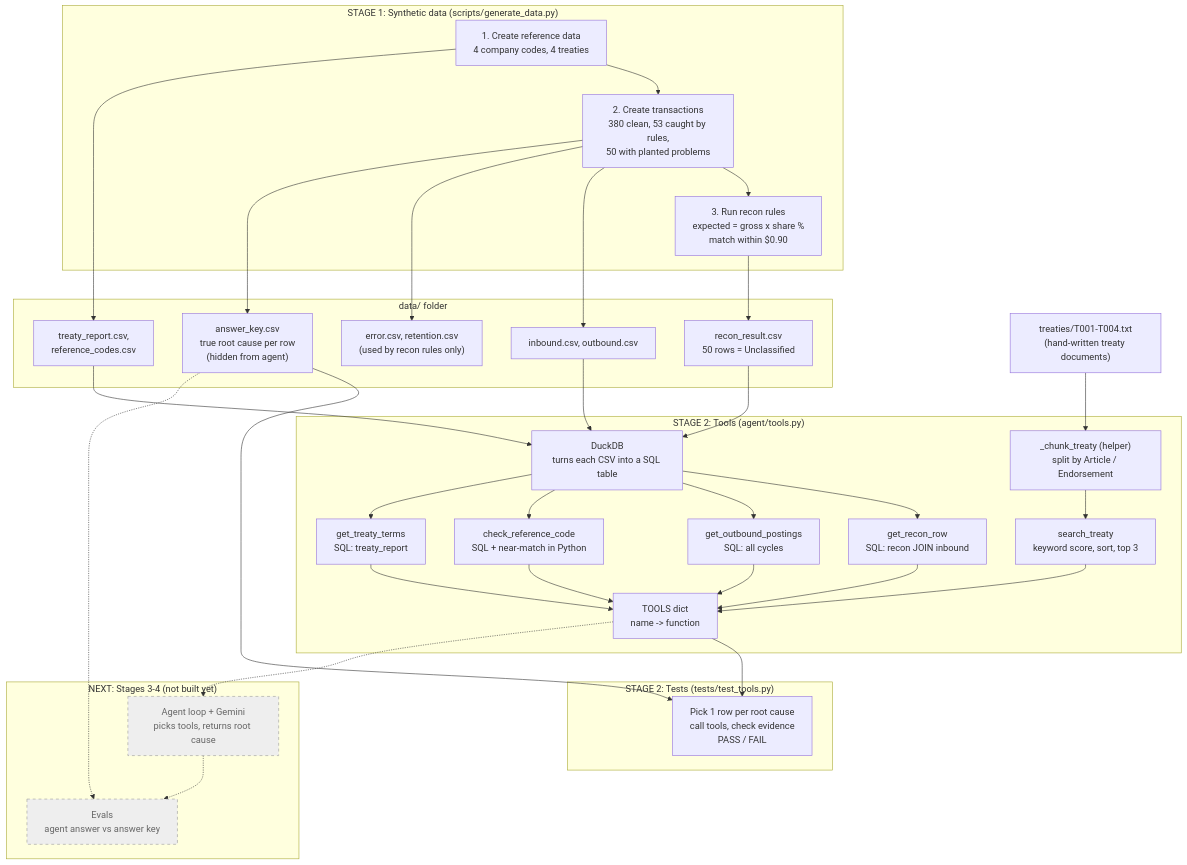
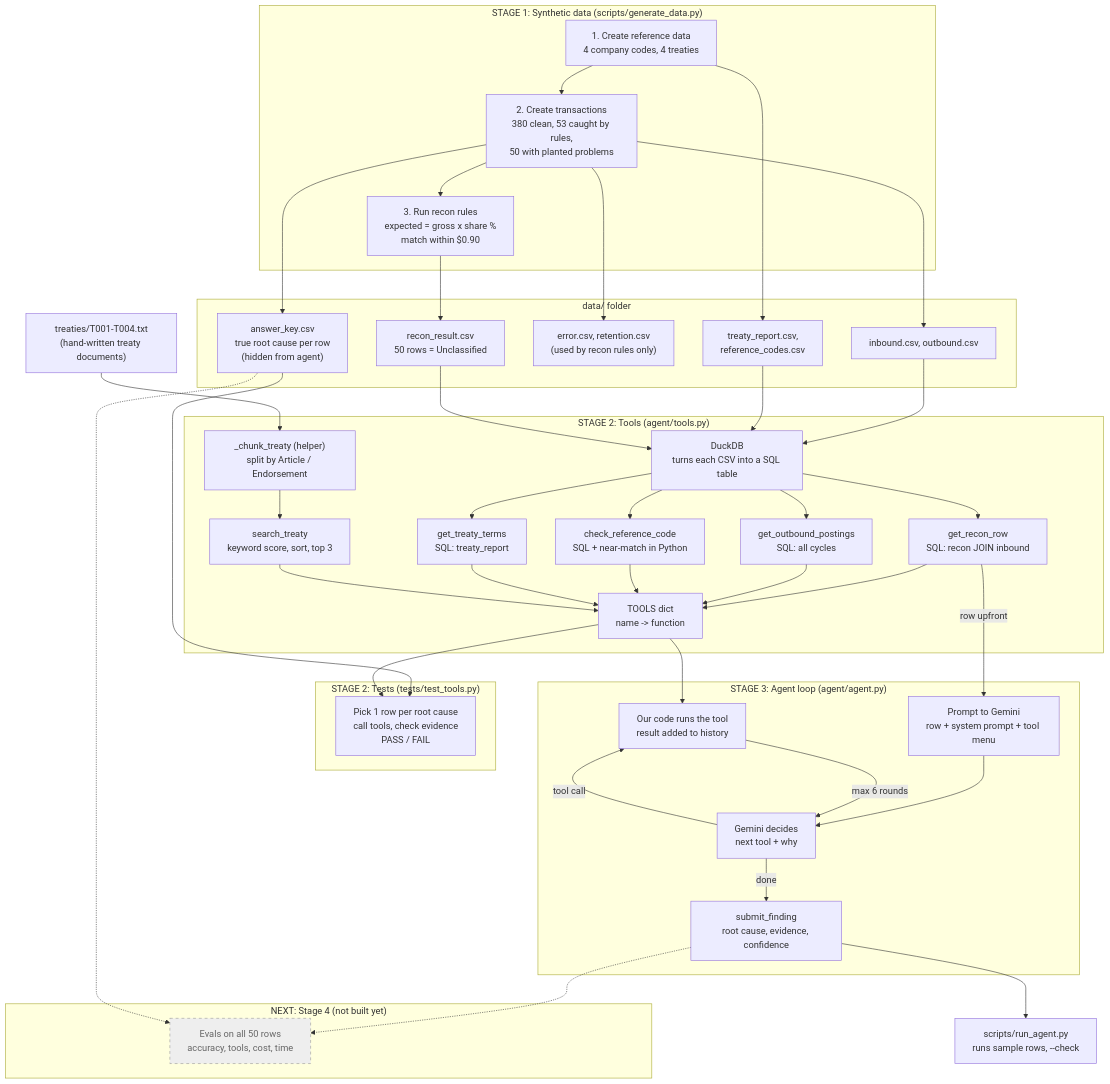
The diagram in docs/architecture.mermaid (jayshreethite2024/recon-agent), drawn with Mermaid before and after one commit. The commit also changed 9 other files, not shown here.

Commit message:
Stage 3: working agent, 5/5 on sample

```diff
--- a/docs/architecture.mermaid
+++ b/docs/architecture.mermaid
@@ -1,59 +1,72 @@
 flowchart TD
     subgraph S1["STAGE 1: Synthetic data  (scripts/generate_data.py)"]
         G1["1. Create reference data<br/>4 company codes, 4 treaties"]
         G2["2. Create transactions<br/>380 clean, 53 caught by rules,<br/>50 with planted problems"]
         G3["3. Run recon rules<br/>expected = gross x share %<br/>match within $0.90"]
         G1 --> G2 --> G3
     end
 
     TXT["treaties/T001-T004.txt<br/>(hand-written treaty documents)"]
 
     subgraph DATA["data/ folder"]
         REF["treaty_report.csv,<br/>reference_codes.csv"]
         CSV["inbound.csv, outbound.csv"]
         ERR["error.csv, retention.csv<br/>(used by recon rules only)"]
         RECON["recon_result.csv<br/>50 rows = Unclassified"]
         KEY["answer_key.csv<br/>true root cause per row<br/>(hidden from agent)"]
     end
 
     G1 --> REF
     G2 --> CSV
     G2 --> ERR
     G3 --> RECON
     G2 --> KEY
 
     subgraph S2["STAGE 2: Tools  (agent/tools.py)"]
         DUCK["DuckDB<br/>turns each CSV into a SQL table"]
         T1["get_recon_row<br/>SQL: recon JOIN inbound"]
         T2["get_outbound_postings<br/>SQL: all cycles"]
         T3["check_reference_code<br/>SQL + near-match in Python"]
         T4["get_treaty_terms<br/>SQL: treaty_report"]
         CH["_chunk_treaty (helper)<br/>split by Article / Endorsement"]
         T5["search_treaty<br/>keyword score, sort, top 3"]
         REG["TOOLS dict<br/>name -> function"]
         DUCK --> T1 & T2 & T3 & T4
         CH --> T5
         T1 & T2 & T3 & T4 & T5 --> REG
     end
 
     CSV --> DUCK
     REF --> DUCK
     RECON --> DUCK
     TXT --> CH
 
     subgraph TEST["STAGE 2: Tests  (tests/test_tools.py)"]
         TS["Pick 1 row per root cause<br/>call tools, check evidence<br/>PASS / FAIL"]
     end
     KEY --> TS
     REG --> TS
 
-    subgraph NEXT["NEXT: Stages 3-4 (not built yet)"]
-        AG["Agent loop + Gemini<br/>picks tools, returns root cause"]
-        EV["Evals<br/>agent answer vs answer key"]
+    subgraph S3["STAGE 3: Agent loop  (agent/agent.py)"]
+        PR["Prompt to Gemini<br/>row + system prompt + tool menu"]
+        LLM["Gemini decides<br/>next tool + why"]
+        RUN["Our code runs the tool<br/>result added to history"]
+        SUB["submit_finding<br/>root cause, evidence, confidence"]
+        PR --> LLM
+        LLM -->|"tool call"| RUN
+        RUN -->|"max 6 rounds"| LLM
+        LLM -->|"done"| SUB
     end
-    REG -.-> AG
-    AG -.-> EV
+    T1 -->|"row upfront"| PR
+    REG --> RUN
+    RS["scripts/run_agent.py<br/>runs sample rows, --check"]
+    SUB --> RS
+
+    subgraph NEXT["NEXT: Stage 4 (not built yet)"]
+        EV["Evals on all 50 rows<br/>accuracy, tools, cost, time"]
+    end
+    SUB -.-> EV
     KEY -.-> EV
 
     classDef future fill:#eee,stroke:#999,stroke-dasharray:5 5,color:#666
-    class AG,EV future
+    class EV future
```
